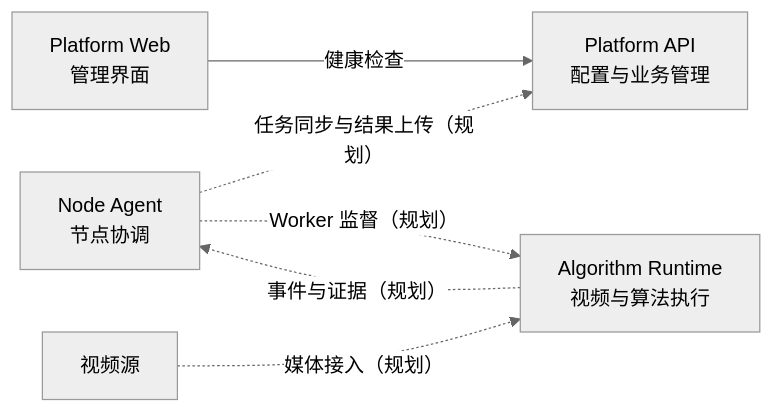
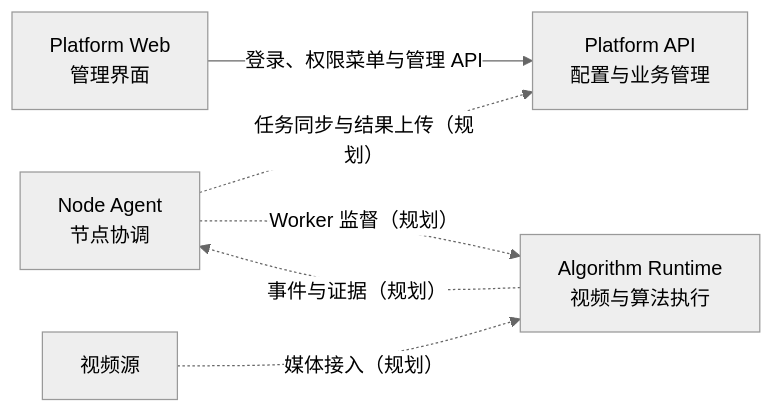
Before and after one commit to flycodeu/StreamFusion-AI: the diagram in README.md, drawn with Mermaid (neutral theme). The commit also changed other lines of this file and 258 other files, not shown here.

````diff
--- a/README.md
+++ b/README.md
@@ -36,8 +36,8 @@
 ```mermaid
 flowchart LR
-    WEB["Platform Web<br/>管理界面"] -->|"健康检查"| API["Platform API<br/>配置与业务管理"]
+    WEB["Platform Web<br/>管理界面"] -->|"登录、权限菜单与管理 API"| API["Platform API<br/>配置与业务管理"]
     AGENT["Node Agent<br/>节点协调"] -.->|"任务同步与结果上传（规划）"| API
     AGENT -.->|"Worker 监督（规划）"| RUNTIME["Algorithm Runtime<br/>视频与算法执行"]
     CAMERA["视频源"] -.->|"媒体接入（规划）"| RUNTIME
     RUNTIME -.->|"事件与证据（规划）"| AGENT
 ```
````
